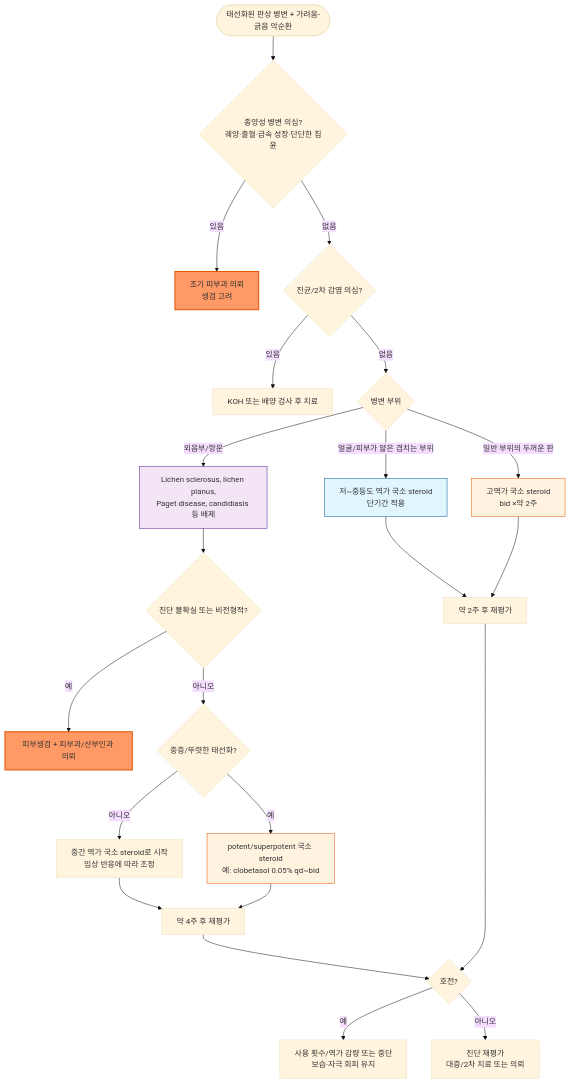
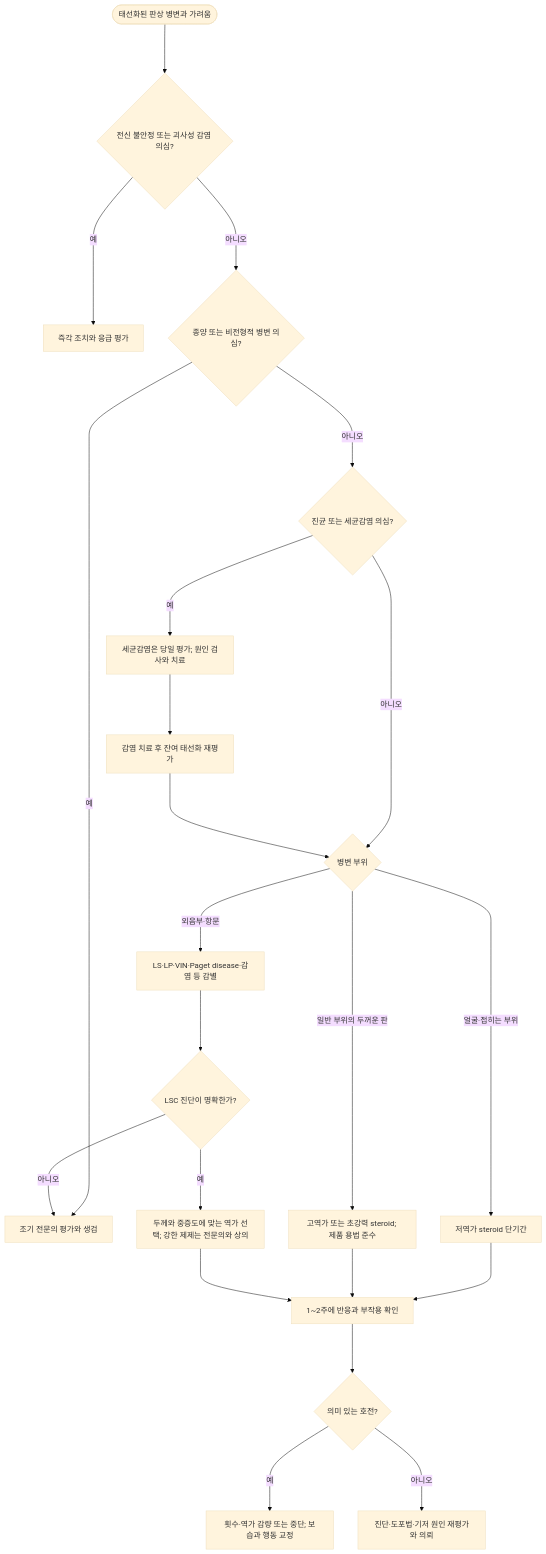
Before and after one commit to familyoh77/familyoh77: the diagram in 229_/164_-lichen-simplex-chronicus.md, drawn with Mermaid (base theme). The commit also changed other lines of this file and 10 other files, not shown here.

````diff
--- a/229_/164_-lichen-simplex-chronicus.md
+++ b/229_/164_-lichen-simplex-chronicus.md
@@ -71,30 +75,24 @@
 ```mermaid
 graph TD
-    A([태선화된 판상 병변 + 가려움-긁음 악순환]) --> B{종양성 병변 의심?<br/>궤양·출혈·급속 성장·단단한 침윤}
-    B -- 있음 --> C[조기 피부과 의뢰<br/>생검 고려]
-    B -- 없음 --> D{진균/2차 감염 의심?}
-    D -- 있음 --> E[KOH 또는 배양 검사 후 치료]
-    D -- 없음 --> F{병변 부위}
-    F -- 외음부/항문 --> G[Lichen sclerosus, lichen planus,<br/>Paget disease, candidiasis 등 배제]
-    F -- 얼굴/피부가 얇은 겹치는 부위 --> H[저~중등도 역가 국소 steroid<br/>단기간 적용]
-    F -- 일반 부위의 두꺼운 판 --> I[고역가 국소 steroid<br/>bid ×약 2주]
-    G --> J{진단 불확실 또는 비전형적?}
-    J -- 예 --> K[피부생검 + 피부과/산부인과 의뢰]
-    J -- 아니오 --> V{중증/뚜렷한 태선화?}
-    V -- 아니오 --> W[중간 역가 국소 steroid로 시작<br/>임상 반응에 따라 조정]
-    V -- 예 --> X[potent/superpotent 국소 steroid<br/>예: clobetasol 0.05% qd~bid]
-    H --> L[약 2주 후 재평가]
-    I --> L
-    W --> Y[약 4주 후 재평가]
-    X --> Y
-    L --> M{호전?}
-    Y --> M
-    M -- 예 --> N[사용 횟수/역가 감량 또는 중단<br/>보습·자극 회피 유지]
-    M -- 아니오 --> O[진단 재평가<br/>대증/2차 치료 또는 의뢰]
-    style C fill:#f96,stroke:#e65100,stroke-width:2px
-    style K fill:#f96,stroke:#e65100,stroke-width:2px
-    style G fill:#f3e5f5,stroke:#4a148c
-    style H fill:#e1f5fe,stroke:#01579b
-    style I fill:#fff3e0,stroke:#e65100
-    style X fill:#fff3e0,stroke:#e65100
+    A(["태선화된 판상 병변과 가려움"]) ---> B{"전신 불안정 또는 괴사성 감염 의심?"}
+    B -- 예 ---> C["즉각 조치와 응급 평가"]
+    B -- 아니오 ---> D{"종양 또는 비전형적 병변 의심?"}
+    D -- 예 ---> E["조기 전문의 평가와 생검"]
+    D -- 아니오 ---> F{"진균 또는 세균감염 의심?"}
+    F -- 예 ---> G["세균감염은 당일 평가; 원인 검사와 치료"]
+    F -- 아니오 ---> H{"병변 부위"}
+    G ---> I["감염 치료 후 잔여 태선화 재평가"]
+    I ---> H
+    H -- 얼굴·접히는 부위 ---> J["저역가 steroid 단기간"]
+    H -- 일반 부위의 두꺼운 판 ---> K["고역가 또는 초강력 steroid; 제품 용법 준수"]
+    H -- 외음부·항문 ---> L["LS·LP·VIN·Paget disease·감염 등 감별"]
+    L ---> M{"LSC 진단이 명확한가?"}
+    M -- 아니오 ---> E
+    M -- 예 ---> N["두께와 중증도에 맞는 역가 선택; 강한 제제는 전문의와 상의"]
+    J ---> O["1~2주에 반응과 부작용 확인"]
+    K ---> O
+    N ---> O
+    O ---> P{"의미 있는 호전?"}
+    P -- 예 ---> Q["횟수·역가 감량 또는 중단; 보습과 행동 교정"]
+    P -- 아니오 ---> R["진단·도포법·기저 원인 재평가와 의뢰"]
 ```
````
